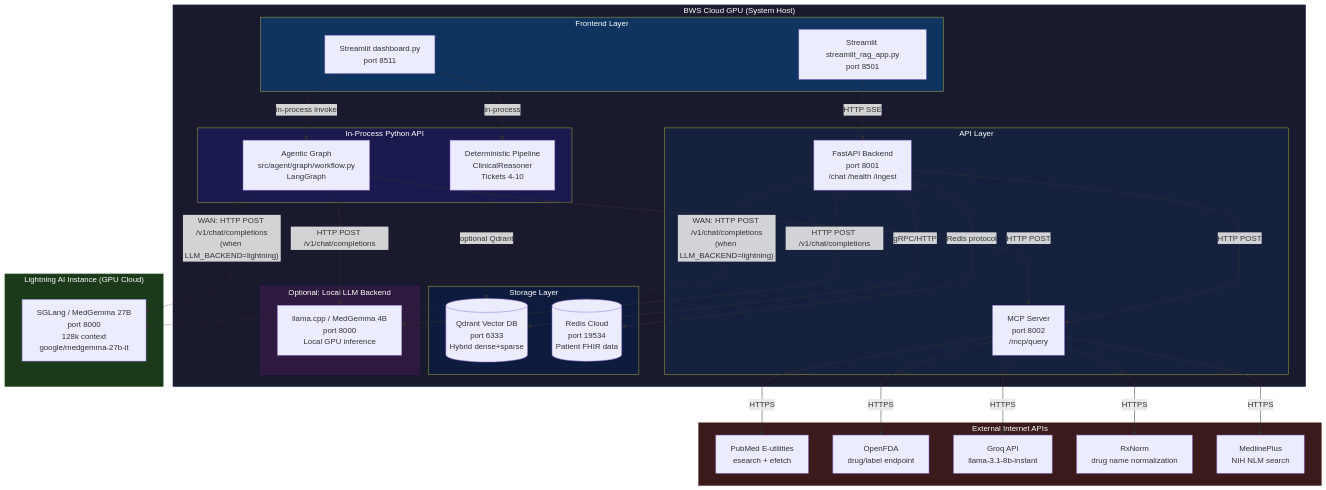
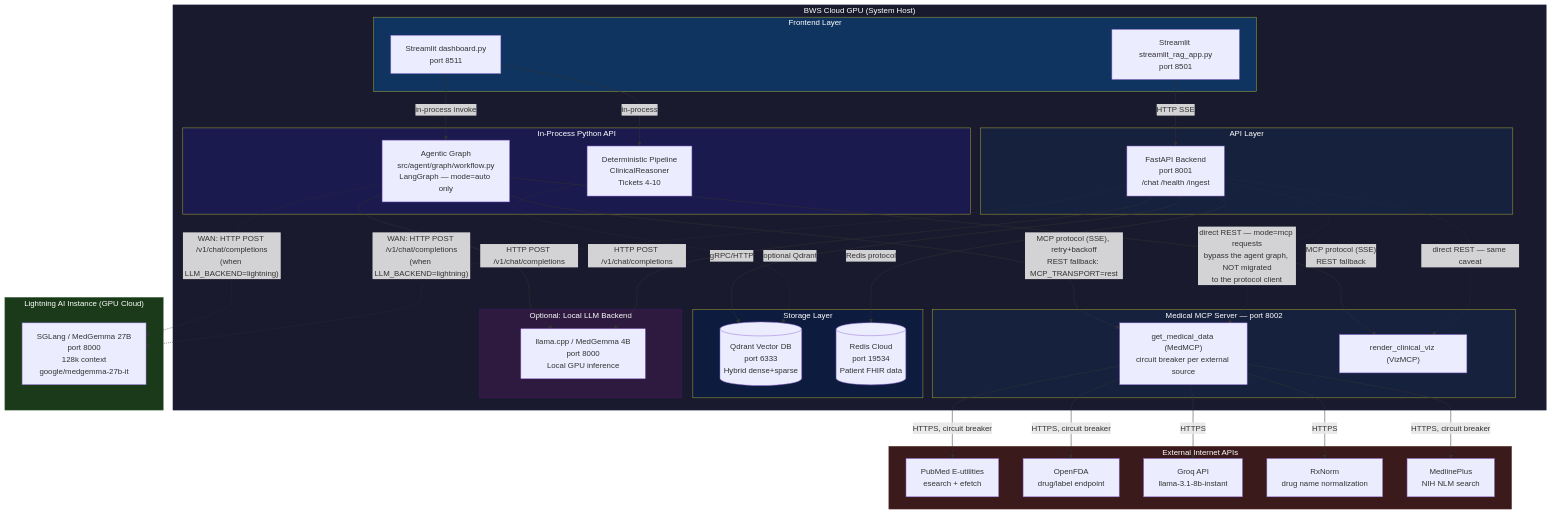
One commit to Belal0066/CFI-Care changed the first of 2 diagrams in ai/src/ai/docs/component_diagram.md. Above: the diagram before and after it, drawn with Mermaid. The commit also changed other lines of this file and 5 other files, not shown here.

````diff
--- a/ai/src/ai/docs/component_diagram.md
+++ b/ai/src/ai/docs/component_diagram.md
@@ -11,71 +11,78 @@
 ```mermaid
 graph TB
     subgraph BWS["BWS Cloud GPU (System Host)"]
         style BWS fill:#1a1a2e,color:#fff,stroke:#16213e
 
         subgraph UI["Frontend Layer"]
             style UI fill:#0f3460,color:#fff
             DASH["Streamlit dashboard.py<br/>port 8511"]
             SRAG["Streamlit streamlit_rag_app.py<br/>port 8501"]
         end
 
         subgraph API["API Layer"]
             style API fill:#16213e,color:#fff
             FB["FastAPI Backend<br/>port 8001<br/>/chat /health /ingest"]
-            MC["MCP Server<br/>port 8002<br/>/mcp/query"]
+        end
+
+        subgraph MCPServer["Medical MCP Server — port 8002"]
+            style MCPServer fill:#16213e,color:#fff
+            MEDMCP["get_medical_data (MedMCP)<br/>circuit breaker per external source"]
+            VIZMCP["render_clinical_viz (VizMCP)"]
         end
 
         subgraph Python["In-Process Python API"]
             style Python fill:#1a1a4e,color:#fff
-            AG["Agentic Graph<br/>src/agent/graph/workflow.py<br/>LangGraph"]
+            AG["Agentic Graph<br/>src/agent/graph/workflow.py<br/>LangGraph — mode=auto only"]
             DP["Deterministic Pipeline<br/>ClinicalReasoner<br/>Tickets 4-10"]
         end
 
         subgraph Storage["Storage Layer"]
             style Storage fill:#0d1b3e,color:#fff
             QD[("Qdrant Vector DB<br/>port 6333<br/>Hybrid dense+sparse")]
             RD[("Redis Cloud<br/>port 19534<br/>Patient FHIR data")]
         end
 
         subgraph LocalLLM["Optional: Local LLM Backend"]
             style LocalLLM fill:#2d1a3e,color:#fff,stroke:#4a1a6e
             LOC["llama.cpp / MedGemma 4B<br/>port 8000<br/>Local GPU inference"]
         end
 
         DASH -->|"in-process invoke"| AG
         DASH -->|"in-process"| DP
         SRAG -->|"HTTP SSE"| FB
         FB -->|"gRPC/HTTP"| QD
         FB -->|"Redis protocol"| RD
-        AG -->|"HTTP POST"| MC
-        FB -->|"HTTP POST"| MC
+        AG -->|"MCP protocol (SSE), retry+backoff<br/>REST fallback: MCP_TRANSPORT=rest"| MEDMCP
+        AG -->|"MCP protocol (SSE)<br/>REST fallback"| VIZMCP
+        FB -.->|"direct REST — mode=mcp requests<br/>bypass the agent graph, NOT migrated<br/>to the protocol client"| MEDMCP
+        FB -.->|"direct REST — same caveat"| VIZMCP
         AG -->|"HTTP POST /v1/chat/completions"| LOC
         FB -->|"HTTP POST /v1/chat/completions"| LOC
         DP -.->|"optional Qdrant"| QD
     end
 
     subgraph LAI["Lightning AI Instance (GPU Cloud)"]
         style LAI fill:#1a3a1a,color:#fff,stroke:#2d5a2d
         LLM["SGLang / MedGemma 27B<br/>port 8000<br/>128k context<br/>google/medgemma-27b-it"]
     end
 
     subgraph External["External Internet APIs"]
         style External fill:#3a1a1a,color:#fff,stroke:#5a2d2d
         PM["PubMed E-utilities<br/>esearch + efetch"]
         FD["OpenFDA<br/>drug/label endpoint"]
         GR["Groq API<br/>llama-3.1-8b-instant"]
         RX["RxNorm<br/>drug name normalization"]
         MLP["MedlinePlus<br/>NIH NLM search"]
     end
 
     %% WAN connection (lightning backend)
     AG -.->|"WAN: HTTP POST /v1/chat/completions<br/>(when LLM_BACKEND=lightning)"| LLM
     FB -.->|"WAN: HTTP POST /v1/chat/completions<br/>(when LLM_BACKEND=lightning)"| LLM
 
-    %% MCP internet connections
-    MC -->|"HTTPS"| PM
-    MC -->|"HTTPS"| FD
-    MC -->|"HTTPS"| GR
-    MC -->|"HTTPS"| RX
-    MC -->|"HTTPS"| MLP
+    %% MCP internet connections — PubMed/OpenFDA/MedlinePlus each behind their own circuit breaker (ADR-013)
+    MEDMCP -->|"HTTPS, circuit breaker"| PM
+    MEDMCP -->|"HTTPS, circuit breaker"| FD
+    MEDMCP -->|"HTTPS"| GR
+    MEDMCP -->|"HTTPS"| RX
+    MEDMCP -->|"HTTPS, circuit breaker"| MLP
 ```
````
